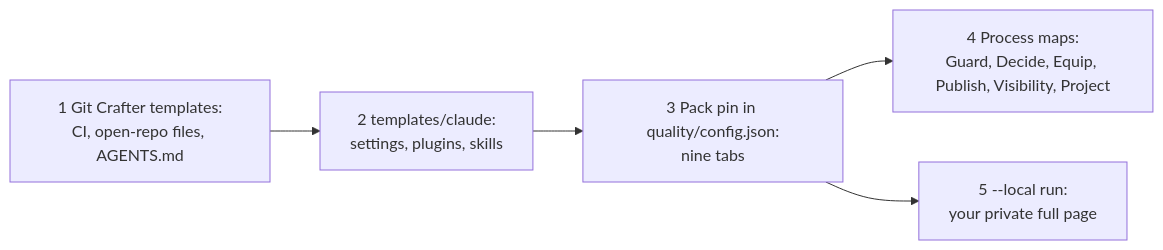
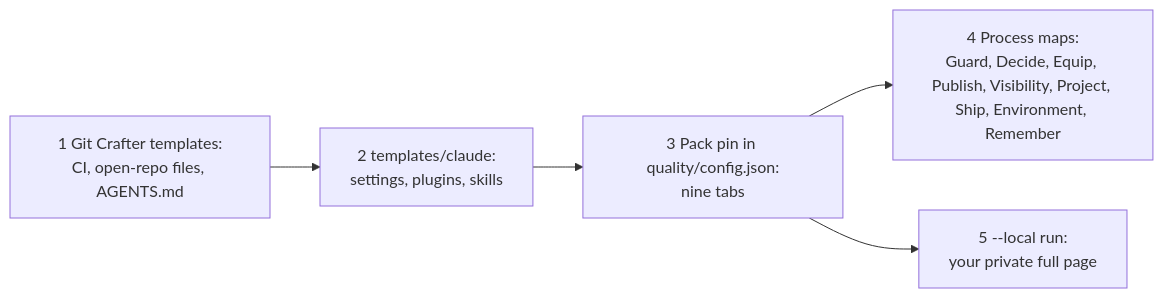
One commit to Colorado-Startups/claudius changed the first of 2 diagrams in README.md. Above: the diagram before and after it, drawn with Mermaid. The commit also changed other lines of this file and 13 other files, not shown here.

````diff
--- a/README.md
+++ b/README.md
@@ -25,7 +25,7 @@
 ```mermaid
 flowchart LR
   GC[1 Git Crafter templates:<br/>CI, open-repo files, AGENTS.md] --> T[2 templates/claude:<br/>settings, plugins, skills]
   T --> P[3 Pack pin in quality/config.json:<br/>nine tabs]
-  P --> M[4 Process maps:<br/>Guard, Decide, Equip, Publish, Visibility, Project]
+  P --> M[4 Process maps:<br/>Guard, Decide, Equip, Publish, Visibility, Project, Ship, Environment, Remember]
   P --> L[5 --local run:<br/>your private full page]
 ```
````
